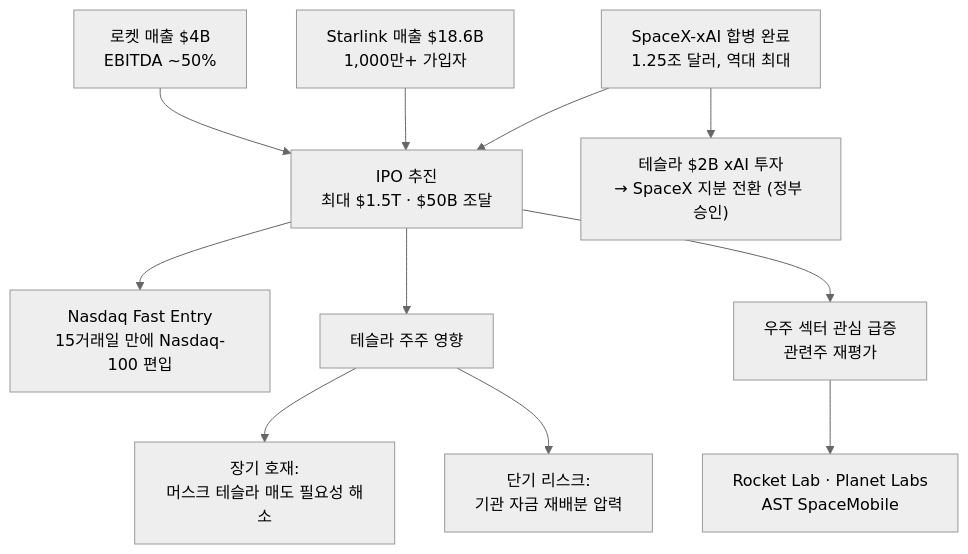
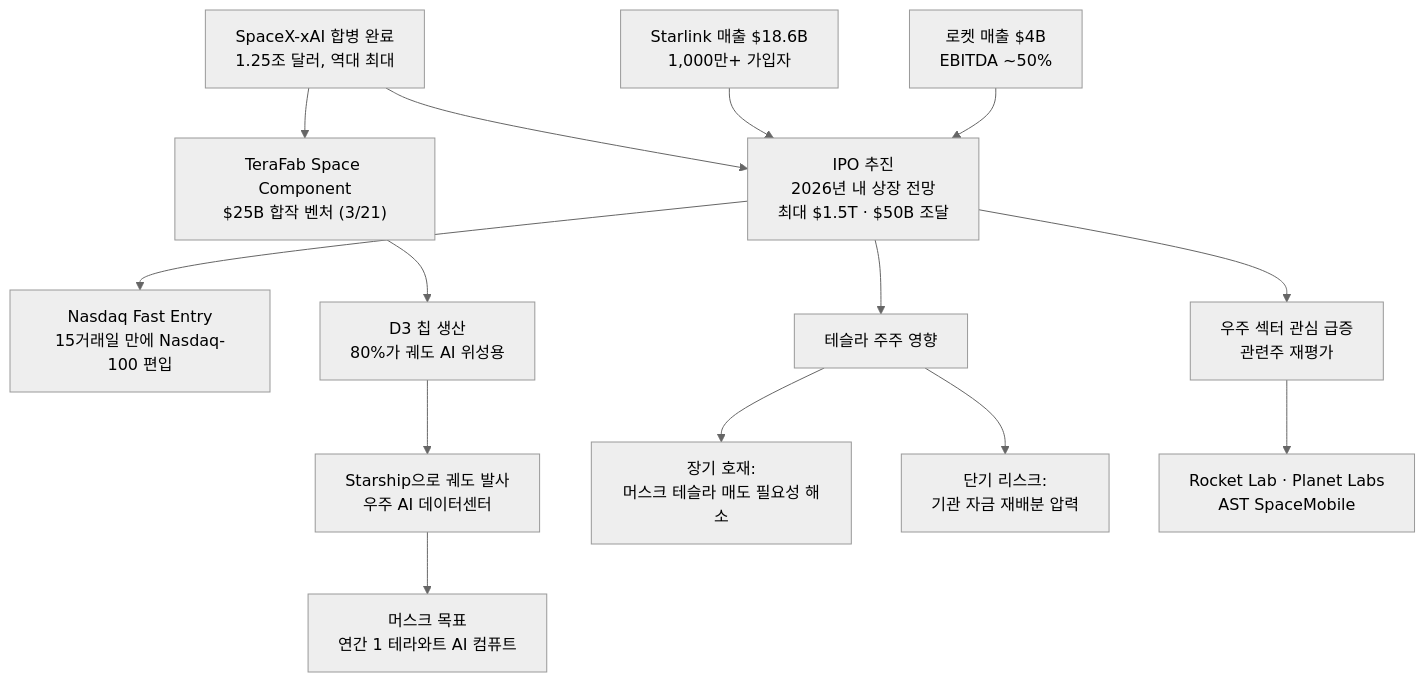
Before and after one commit to dss99911/dss99911.github.io: the fifth of 7 diagrams in _posts/knowledge/invest/2026-03-07-defense-space-sector-outlook-2026.md, drawn with Mermaid (neutral theme). The commit also changed other lines of this file and 2 other files, not shown here.

````diff
--- a/_posts/knowledge/invest/2026-03-07-defense-space-sector-outlook-2026.md
+++ b/_posts/knowledge/invest/2026-03-07-defense-space-sector-outlook-2026.md
@@ -272,17 +296,20 @@
 ```mermaid
 graph TD
-    A["SpaceX-xAI 합병 완료<br/>1.25조 달러, 역대 최대"] --> B["IPO 추진<br/>최대 $1.5T · $50B 조달"]
+    A["SpaceX-xAI 합병 완료<br/>1.25조 달러, 역대 최대"] --> B["IPO 추진<br/>2026년 내 상장 전망<br/>최대 $1.5T · $50B 조달"]
     B --> C["Nasdaq Fast Entry<br/>15거래일 만에 Nasdaq-100 편입"]
 
-    A --> D["테슬라 $2B xAI 투자<br/>→ SpaceX 지분 전환 (정부 승인)"]
+    A --> D["TeraFab Space Component<br/>$25B 합작 벤처 #40;3/21#41;"]
+    D --> D1["D3 칩 생산<br/>80%가 궤도 AI 위성용"]
+    D1 --> D2["Starship으로 궤도 발사<br/>우주 AI 데이터센터"]
+    D2 --> D3["머스크 목표<br/>연간 1 테라와트 AI 컴퓨트"]
 
     B --> E["테슬라 주주 영향"]
     E --> F["장기 호재&colon;<br/>머스크 테슬라 매도 필요성 해소"]
     E --> G["단기 리스크&colon;<br/>기관 자금 재배분 압력"]
 
     B --> H["우주 섹터 관심 급증<br/>관련주 재평가"]
     H --> I["Rocket Lab · Planet Labs<br/>AST SpaceMobile"]
 
     J["Starlink 매출 $18.6B<br/>1,000만+ 가입자"] --> B
     K["로켓 매출 $4B<br/>EBITDA ~50%"] --> B
 ```
````
